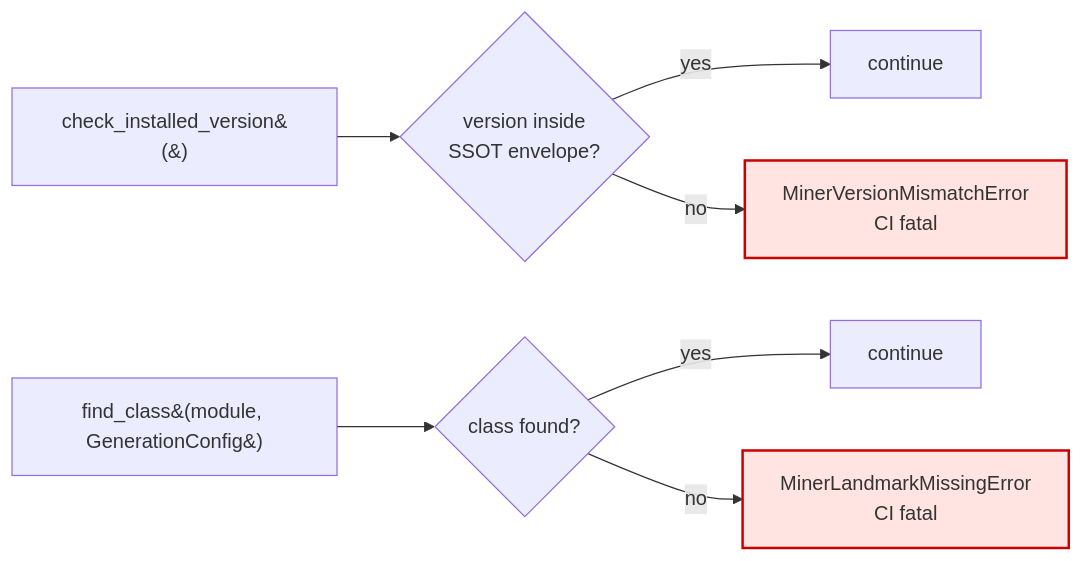
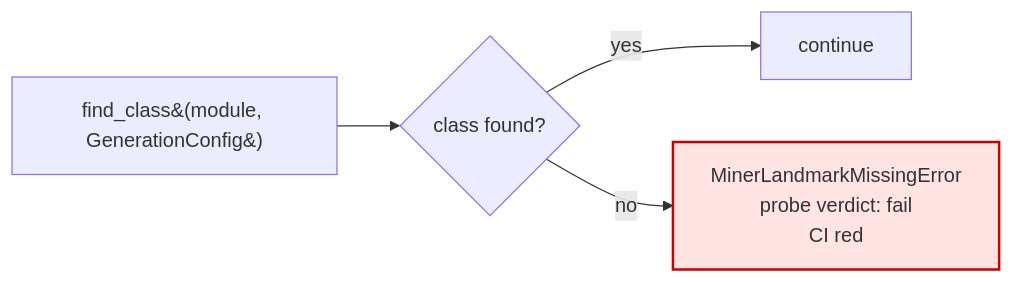
Before and after one commit to henrycgbaker/LLenergyMeasure: the eighth of 8 diagrams in docs/explanation/architecture/engine-introspection-pipelines.md, drawn with Mermaid. The commit also changed other lines of this file and 52 other files, not shown here.

First line of the commit message:
refactor(engines): strip miner-pin envelope and last_probe block (#652)

````diff
--- a/docs/explanation/architecture/engine-introspection-pipelines.md
+++ b/docs/explanation/architecture/engine-introspection-pipelines.md
@@ -534,15 +522,10 @@
 ```mermaid
 flowchart LR
-    cv["check_installed_version&#40;&#41;"]
-    cv --> cvok{version inside<br/>SSOT envelope?}
-    cvok -->|yes| cvcont[continue]
-    cvok -->|no| cverr[MinerVersionMismatchError<br/>CI fatal]
-
     fc["find_class&#40;module, GenerationConfig&#41;"]
     fc --> fcok{class found?}
     fcok -->|yes| fccont[continue]
-    fcok -->|no| fcerr[MinerLandmarkMissingError<br/>CI fatal]
+    fcok -->|no| fcerr[MinerLandmarkMissingError<br/>probe verdict: fail<br/>CI red]
 
     classDef fatal fill:#ffe4e1,stroke:#c00,stroke-width:2px;
-    class cverr,fcerr fatal;
+    class fcerr fatal;
 ```
````
